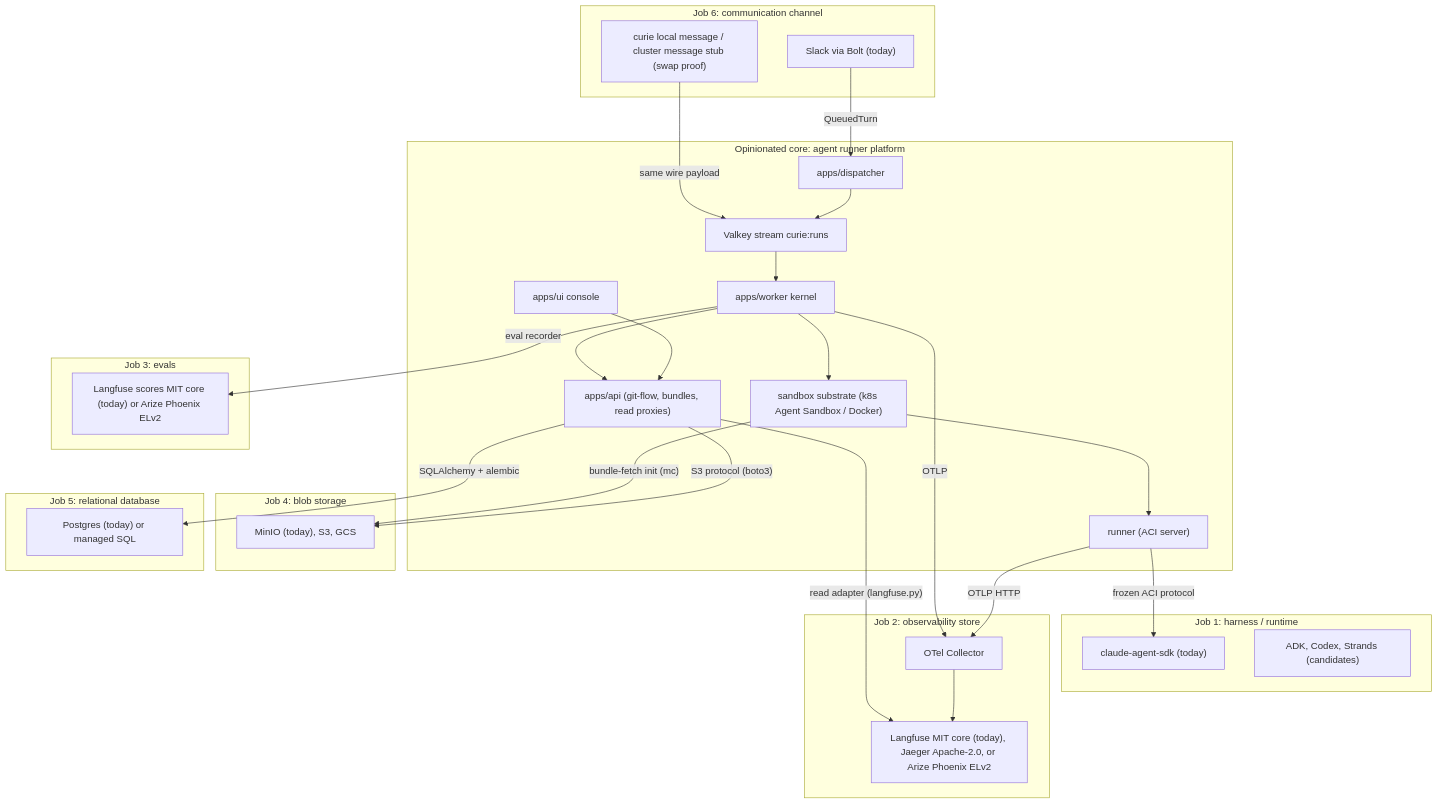
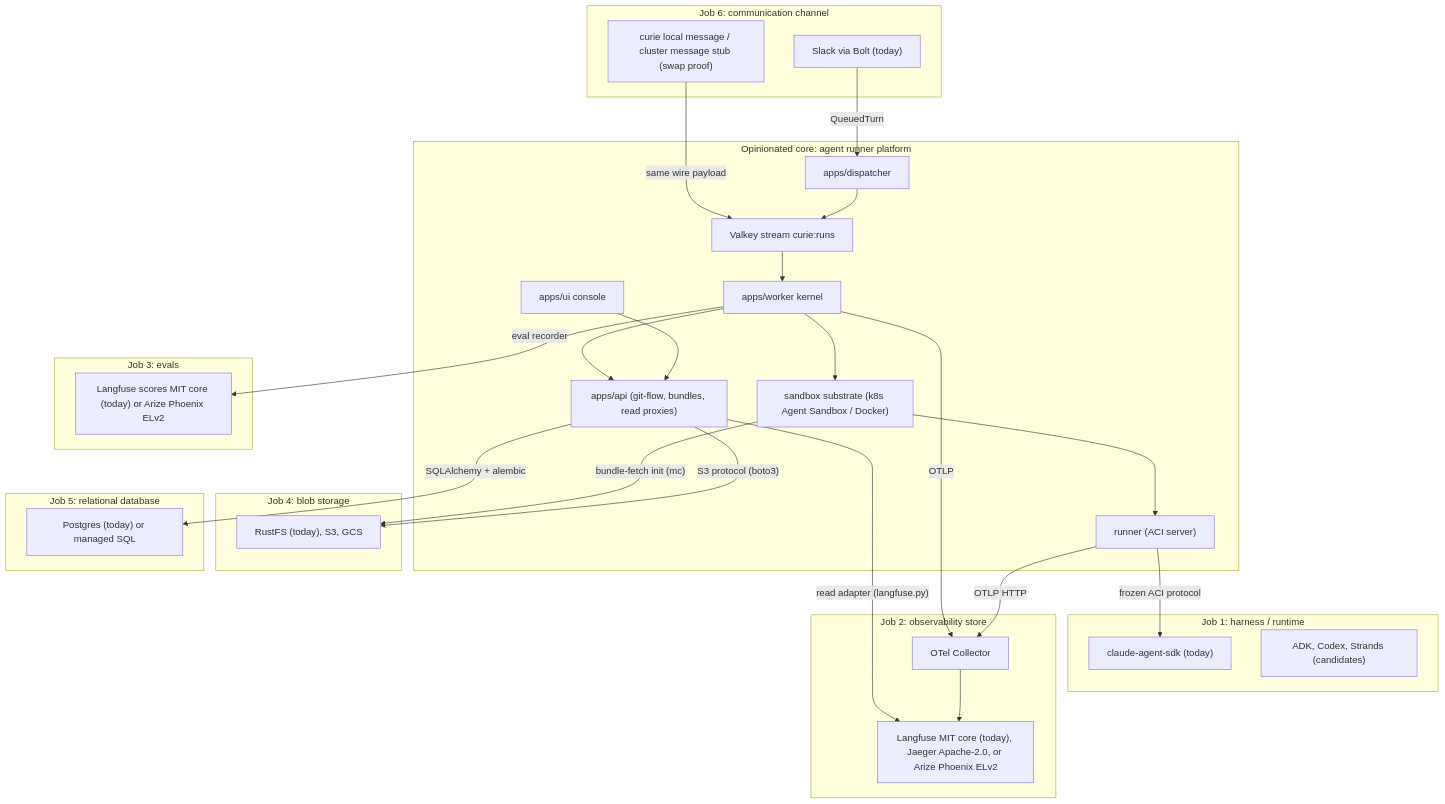
One commit to curie-eng/agentos changed the diagram in docs/architecture-vision.md. Above: the diagram before and after it, drawn with Mermaid. The commit also changed other lines of this file and 52 other files, not shown here.

First line of the commit message:
Replace MinIO with RustFS

````diff
--- a/docs/architecture-vision.md
+++ b/docs/architecture-vision.md
@@ -248,54 +248,54 @@
 ```mermaid
 flowchart TB
     subgraph channel["Job 6: communication channel"]
         Slack["Slack via Bolt (today)"]
         CLIStub["curie local message / cluster message stub (swap proof)"]
     end
 
     subgraph core["Opinionated core: agent runner platform"]
         Dispatcher["apps/dispatcher"]
         Queue["Valkey stream curie:runs"]
         Worker["apps/worker kernel"]
         Substrate["sandbox substrate (k8s Agent Sandbox / Docker)"]
         Runner["runner (ACI server)"]
         API["apps/api (git-flow, bundles, read proxies)"]
         UI["apps/ui console"]
         Dispatcher --> Queue --> Worker --> Substrate --> Runner
         UI --> API
         Worker --> API
     end
 
     subgraph harness["Job 1: harness / runtime"]
         SDK["claude-agent-sdk (today)"]
         HarnessAlt["ADK, Codex, Strands (candidates)"]
     end
 
     subgraph obs["Job 2: observability store"]
         Collector["OTel Collector"]
         Langfuse["Langfuse MIT core (today), Jaeger Apache-2.0, or Arize Phoenix ELv2"]
         Collector --> Langfuse
     end
 
     subgraph evals["Job 3: evals"]
         EvalStore["Langfuse scores MIT core (today) or Arize Phoenix ELv2"]
     end
 
     subgraph blob["Job 4: blob storage"]
-        S3["MinIO (today), S3, GCS"]
+        S3["RustFS (today), S3, GCS"]
     end
 
     subgraph db["Job 5: relational database"]
         PG["Postgres (today) or managed SQL"]
     end
 
     Slack -- "QueuedTurn" --> Dispatcher
     CLIStub -- "same wire payload" --> Queue
     Runner -- "frozen ACI protocol" --> SDK
     Runner -- "OTLP HTTP" --> Collector
     Worker -- "OTLP" --> Collector
     API -- "read adapter (langfuse.py)" --> Langfuse
     Worker -- "eval recorder" --> EvalStore
     API -- "S3 protocol (boto3)" --> S3
     Substrate -- "bundle-fetch init (mc)" --> S3
     API -- "SQLAlchemy + alembic" --> PG
 ```
````
